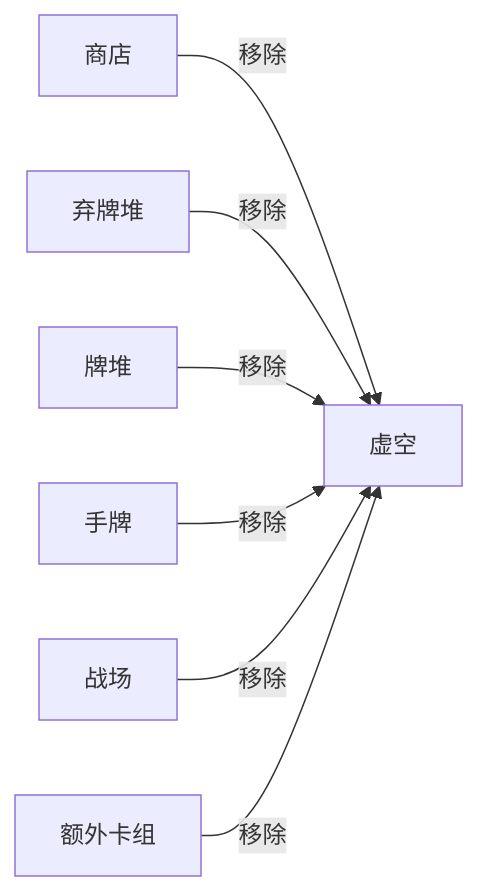
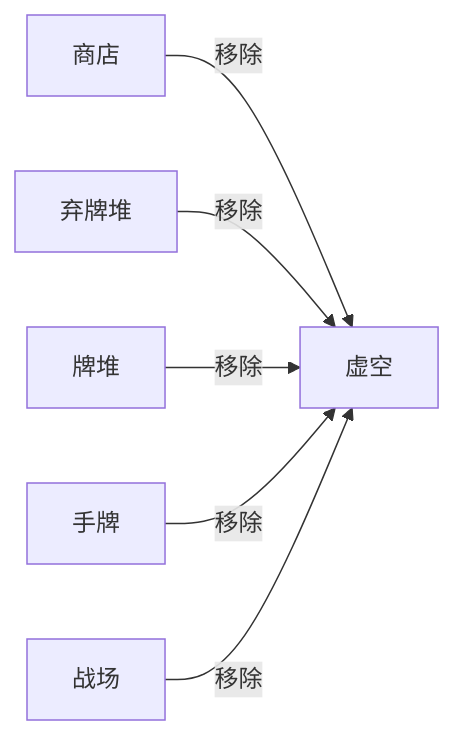
The second of 3 diagrams in docs/rules/common/elements.md (Time-Block-Hero/tbh-website), drawn with Mermaid before and after one commit. The commit also changed other lines of this file and 27 other files, not shown here.

````diff
--- a/docs/rules/common/elements.md
+++ b/docs/rules/common/elements.md
@@ -247,9 +281,8 @@
 ```mermaid
 flowchart LR
   shop["商店"] -->|移除| void["虚空"]
   discard["弃牌堆"] -->|移除| void
   deck["牌堆"] -->|移除| void
   hand["手牌"] -->|移除| void
   field["战场"] -->|移除| void
-  extra["额外卡组"] -->|移除| void
 ```
````
